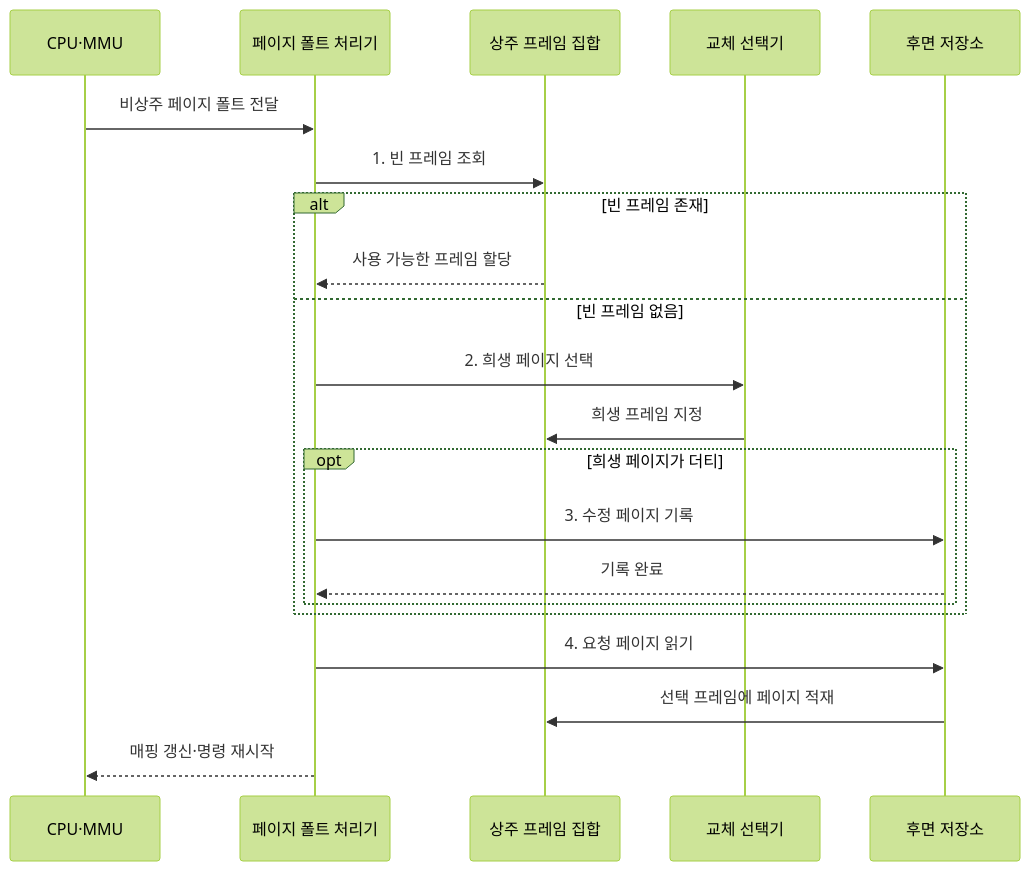
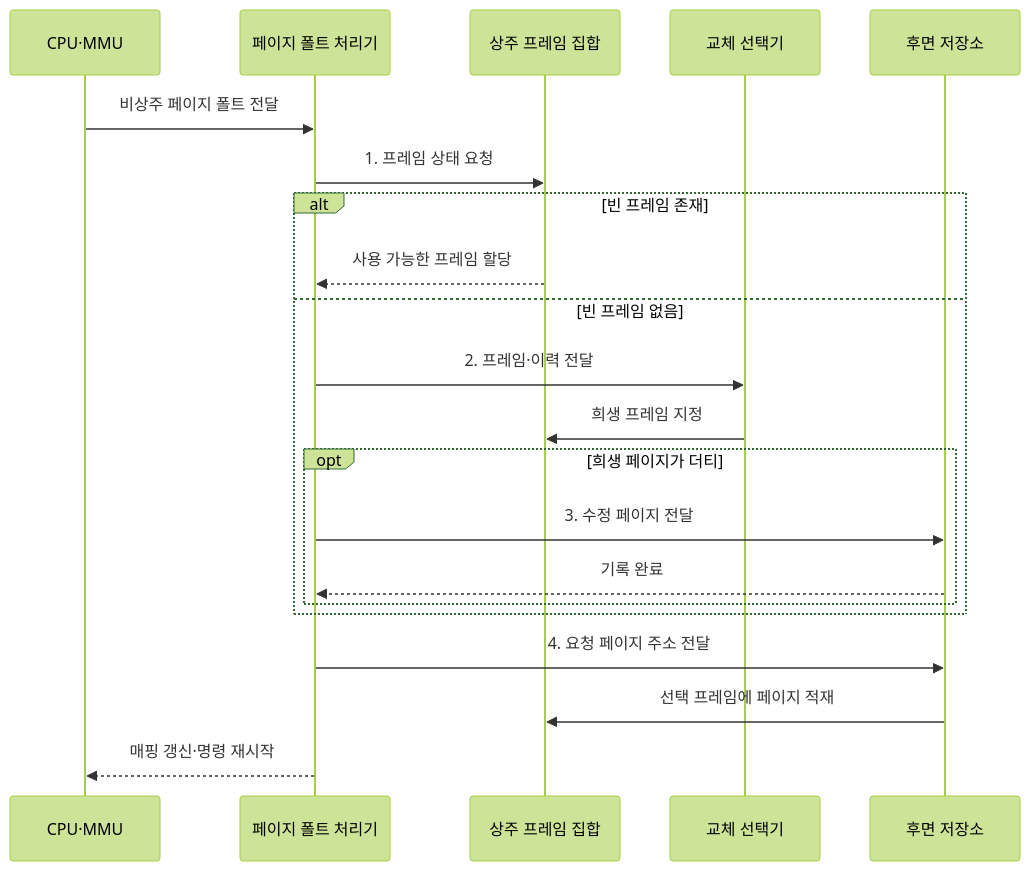
Before and after one commit to agnusdei1207/knowledge-base: the second of 2 diagrams in src/content/docs/notes/02-hardware/018_page_replacement.md, drawn with Mermaid (forest theme). The commit also changed other lines of this file and 20 other files, not shown here.

````diff
--- a/src/content/docs/notes/02-hardware/018_page_replacement.md
+++ b/src/content/docs/notes/02-hardware/018_page_replacement.md
@@ -88,24 +87,24 @@
 ```mermaid
 sequenceDiagram
     participant C as CPU·MMU
     participant O as 페이지 폴트 처리기
     participant F as 상주 프레임 집합
     participant R as 교체 선택기
     participant S as 후면 저장소
 
     C->>O: 비상주 페이지 폴트 전달
-    O->>F: 1. 빈 프레임 조회
+    O->>F: 1. 프레임 상태 요청
     alt 빈 프레임 존재
         F-->>O: 사용 가능한 프레임 할당
     else 빈 프레임 없음
-        O->>R: 2. 희생 페이지 선택
+        O->>R: 2. 프레임·이력 전달
         R->>F: 희생 프레임 지정
         opt 희생 페이지가 더티
-            O->>S: 3. 수정 페이지 기록
+            O->>S: 3. 수정 페이지 전달
             S-->>O: 기록 완료
         end
     end
-    O->>S: 4. 요청 페이지 읽기
+    O->>S: 4. 요청 페이지 주소 전달
     S->>F: 선택 프레임에 페이지 적재
     O-->>C: 매핑 갱신·명령 재시작
 ```
````
